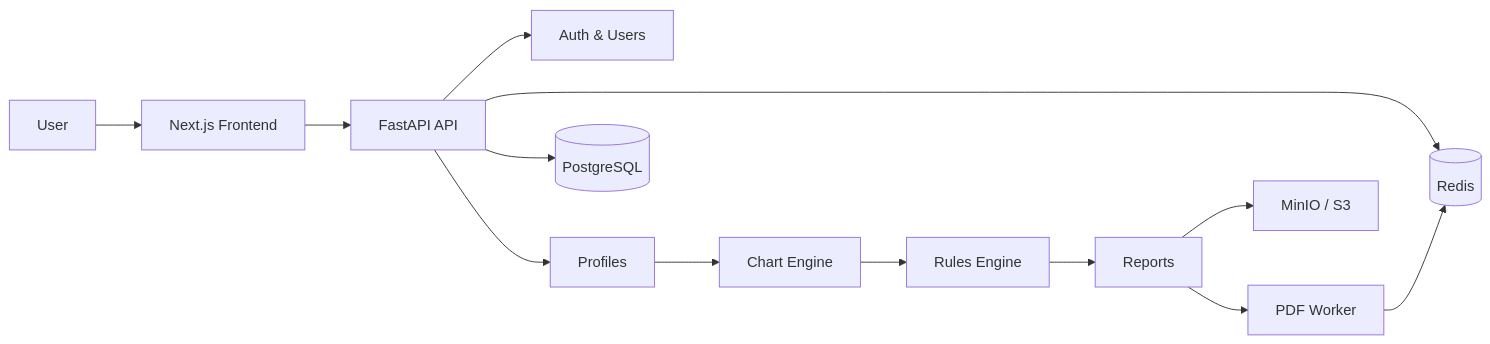
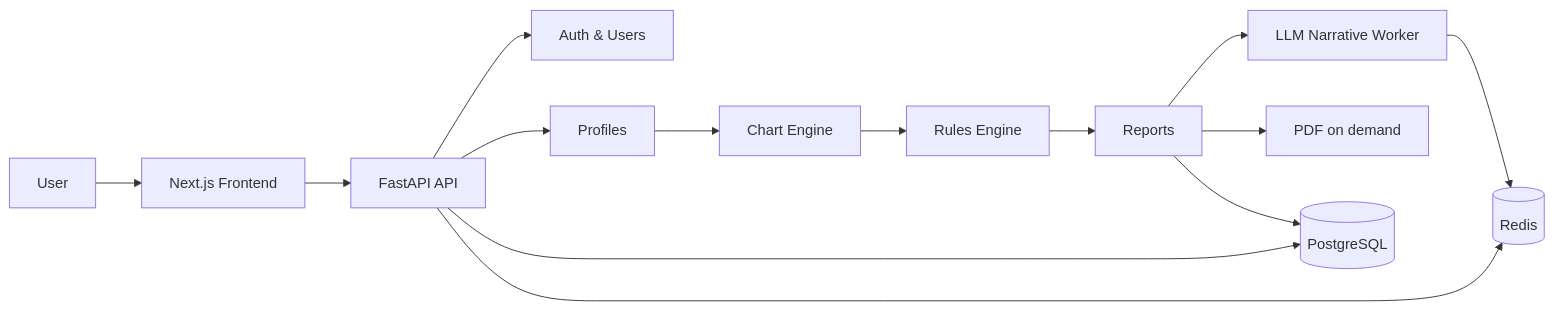
One commit to fixemer90-stack/Archemap changed the diagram in README.md. Above: the diagram before and after it, drawn with Mermaid. The commit also changed other lines of this file and 1 other file, not shown here.

````diff
--- a/README.md
+++ b/README.md
@@ -83,15 +83,16 @@
 ```mermaid
 graph LR
     U[User] --> FE[Next.js Frontend]
     FE --> API[FastAPI API]
     API --> AUTH[Auth & Users]
     API --> PROF[Profiles]
     PROF --> CHART[Chart Engine]
     CHART --> RULES[Rules Engine]
     RULES --> REPORTS[Reports]
-    REPORTS --> PDF[PDF Worker]
-    REPORTS --> S3[MinIO / S3]
-    API --> PG[(PostgreSQL)]
+    REPORTS --> NARR[LLM Narrative Worker]
+    REPORTS --> PDF[PDF on demand]
+    REPORTS --> PG[(PostgreSQL)]
+    API --> PG
     API --> REDIS[(Redis)]
-    PDF --> REDIS
+    NARR --> REDIS
 ```
````
